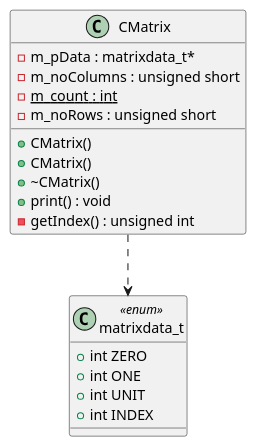
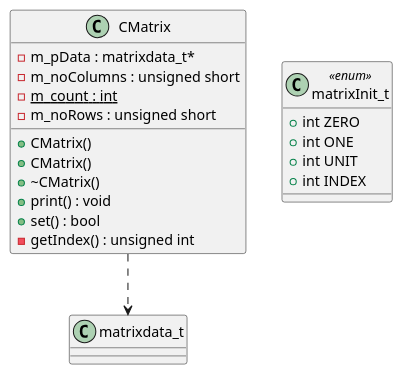
Diagram 17 of 42 in UML diagrams.md (Alexander-Wilms/Advanced-Programming-Techniques), drawn with PlantUML before and after one commit. The commit also changed other lines of this file and 35 other files, not shown here.

Commit message:
Further work on 'UML diagrams.md'

````diff
--- a/UML diagrams.md
+++ b/UML diagrams.md
@@ -956,25 +973,26 @@
 ```plantuml
 @startuml
 class CMatrix {
  	- m_pData : matrixdata_t* 
  	- m_noColumns : unsigned short
 	- {static} m_count : int
  	- m_noRows : unsigned short
 
  	+ CMatrix()
 	+ CMatrix()
  	+ ~CMatrix()
  	+ print() : void
+	+ set() : bool
  	- getIndex() : unsigned int
 }
-class matrixdata_t << enum >> {
+class matrixInit_t << enum >> {
  	+ int ZERO
  	+ int ONE
  	+ int UNIT
  	+ int INDEX
 }
 
 CMatrix ..> matrixdata_t
 
 @enduml
 ```
````
